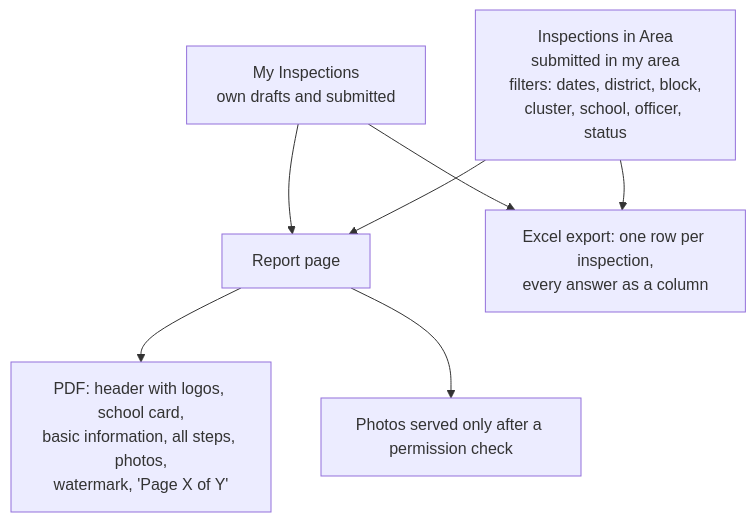
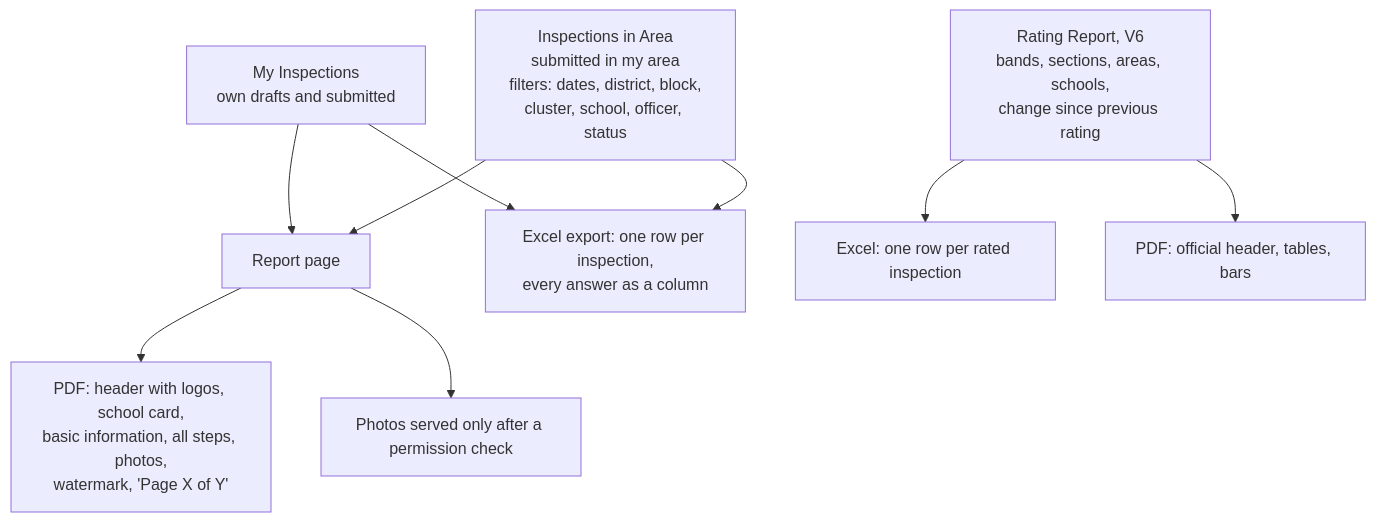
The eighth of 15 diagrams in PROJECT_DOCUMENT.md (nathgunajit/school_inspection), drawn with Mermaid before and after one commit. The commit also changed other lines of this file and 1 other file, not shown here.

Commit message:
Project document: all V6 modules, schema, developer guide and deploy checklist

````diff
--- a/PROJECT_DOCUMENT.md
+++ b/PROJECT_DOCUMENT.md
@@ -231,9 +244,11 @@
 ```mermaid
 flowchart TD
     A[My Inspections<br/>own drafts and submitted] --> V[Report page]
     B[Inspections in Area<br/>submitted in my area<br/>filters: dates, district, block,<br/>cluster, school, officer, status] --> V
     V --> P[PDF: header with logos, school card,<br/>basic information, all steps, photos,<br/>watermark, 'Page X of Y']
     A --> X[Excel export: one row per inspection,<br/>every answer as a column]
     B --> X
     V --> PH[Photos served only after a permission check]
+    RR[Rating Report, V6<br/>bands, sections, areas, schools,<br/>change since previous rating] --> RX[Excel: one row per rated inspection]
+    RR --> RP[PDF: official header, tables, bars]
 ```
````
